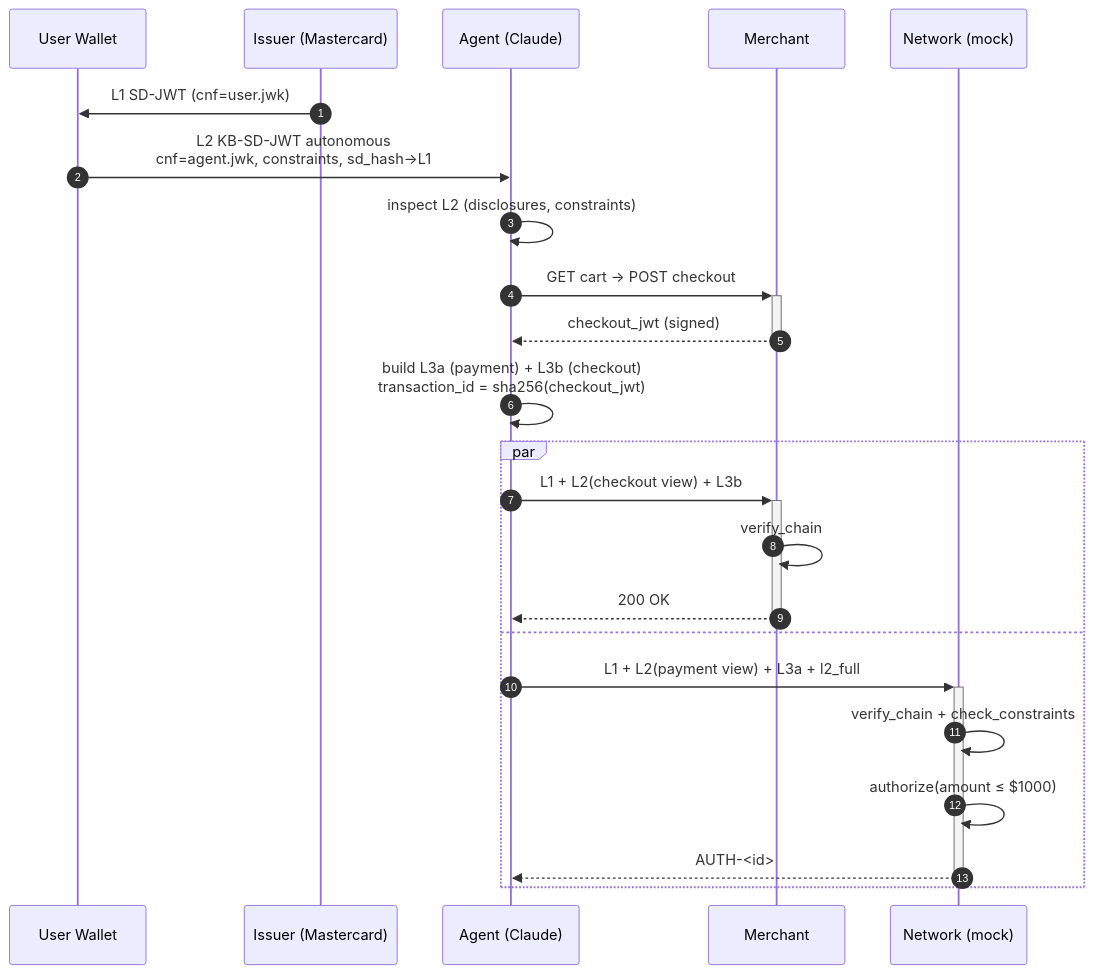
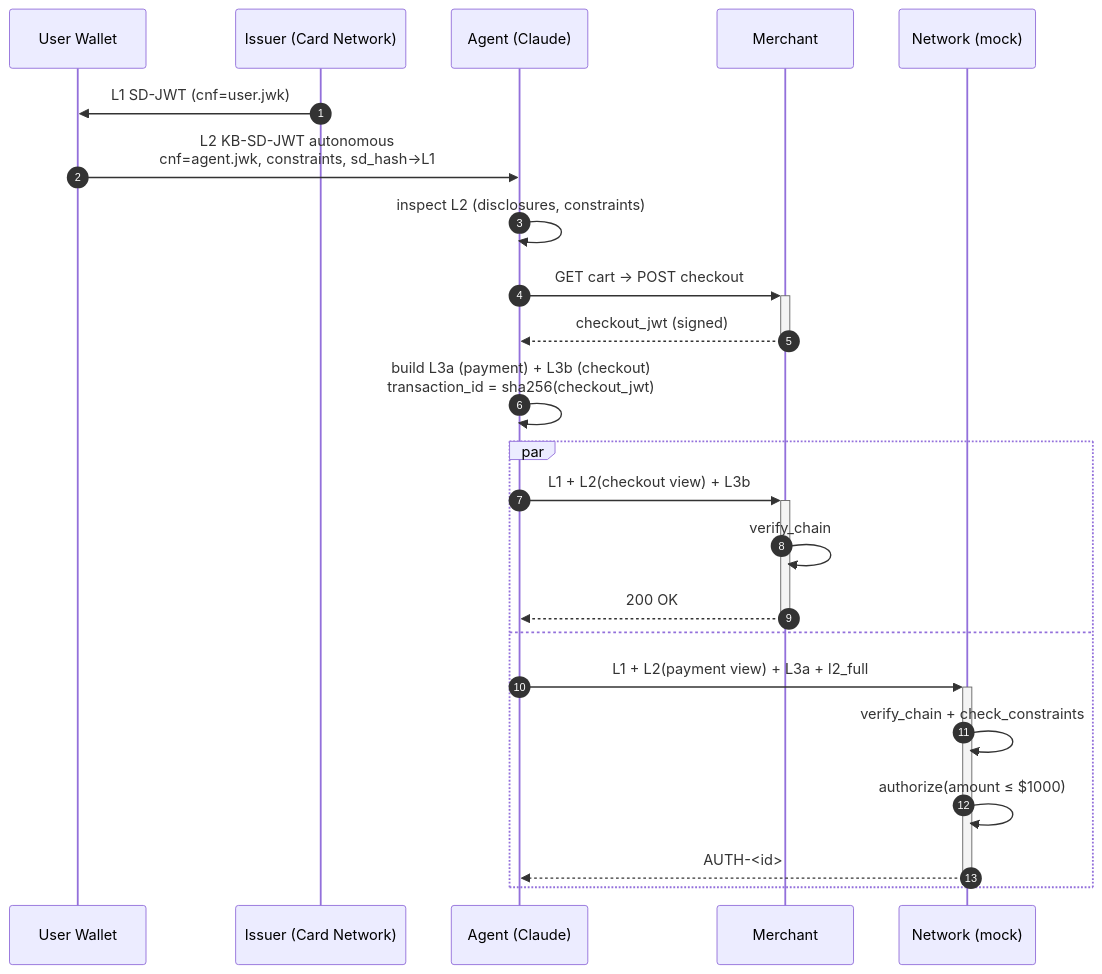
The diagram in docs/architecture.md (manuelpsnunes/VerifiableIntentDemo), drawn with Mermaid before and after one commit. The commit also changed other lines of this file and 8 other files, not shown here.

Commit message:
Replace card-network brand refs with generic placeholders; add SECURITY.md and personal-project disclaimer

````diff
--- a/docs/architecture.md
+++ b/docs/architecture.md
@@ -62,26 +62,26 @@
 ```mermaid
 sequenceDiagram
     autonumber
     participant U as User Wallet
-    participant I as Issuer (Mastercard)
+    participant I as Issuer (Card Network)
     participant A as Agent (Claude)
     participant M as Merchant
     participant N as Network (mock)
 
     I->>U: L1 SD-JWT (cnf=user.jwk)
     U->>A: L2 KB-SD-JWT autonomous<br/>cnf=agent.jwk, constraints, sd_hash→L1
     A->>A: inspect L2 (disclosures, constraints)
     A->>+M: GET cart → POST checkout
     M-->>-A: checkout_jwt (signed)
     A->>A: build L3a (payment) + L3b (checkout)<br/>transaction_id = sha256(checkout_jwt)
     par
         A->>+M: L1 + L2(checkout view) + L3b
         M->>M: verify_chain
         M-->>-A: 200 OK
     and
         A->>+N: L1 + L2(payment view) + L3a + l2_full
         N->>N: verify_chain + check_constraints
         N->>N: authorize(amount ≤ $1000)
         N-->>-A: AUTH-<id>
     end
 ```
````
